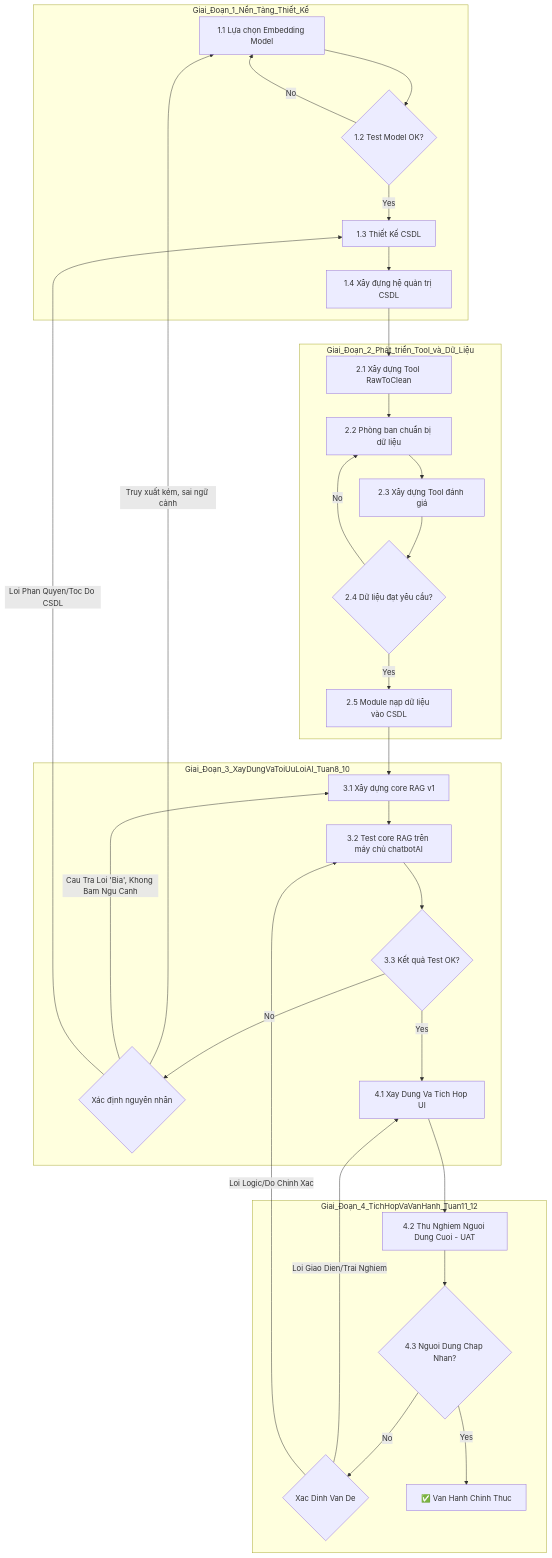
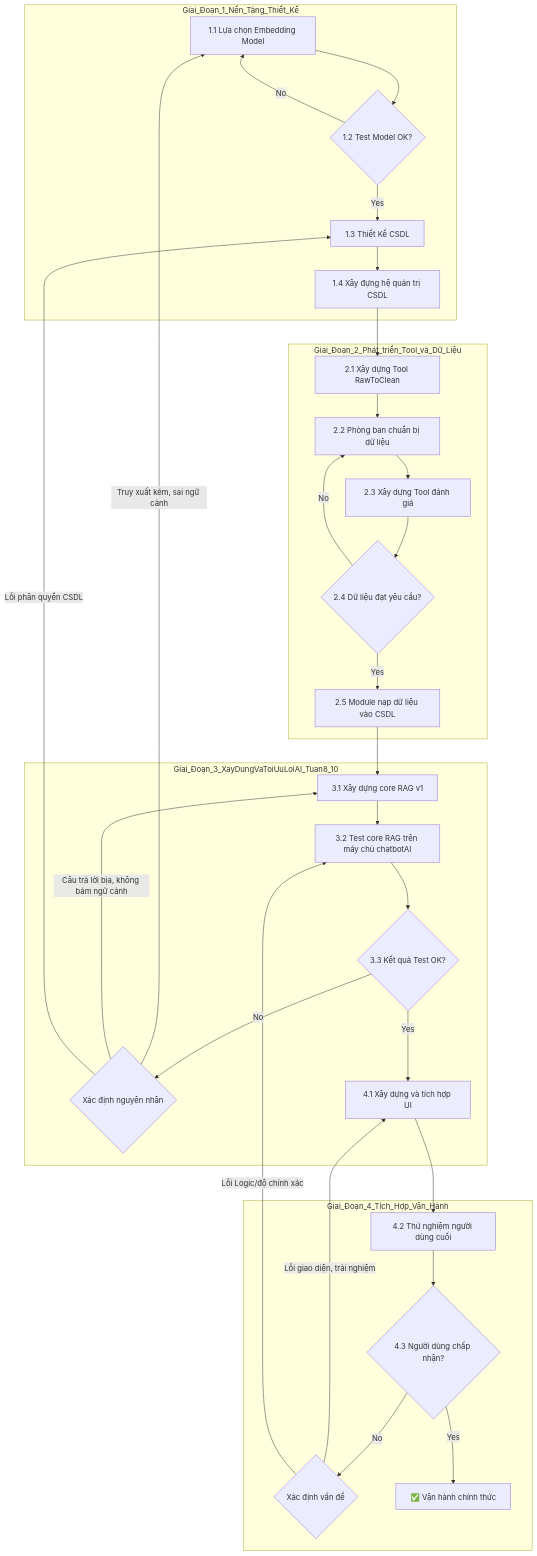
One commit to ngoquytuan/chatbotweb changed the diagram in biendo.md. Above: the diagram before and after it, drawn with Mermaid.

````diff
--- a/biendo.md
+++ b/biendo.md
@@ -8,42 +8,42 @@
 ```mermaid
 graph TD
     subgraph Giai_Đoạn_1_Nền_Tảng_Thiết_Kế
         A1[1.1 Lựa chọn Embedding Model] --> A2{1.2 Test Model OK?}
         A2 -- Yes --> B1
         A2 -- No --> A1
         
         B1[1.3 Thiết Kế CSDL] --> B2[1.4 Xây đựng hệ quản trị CSDL]
     end
 
     subgraph Giai_Đoạn_2_Phát_triển_Tool_và_Dữ_Liệu
         C1[2.1 Xây dựng Tool RawToClean] --> C2[2.2 Phòng ban chuẩn bị dữ liệu]
         C2 --> D1[2.3 Xây dựng Tool đánh giá]
         D1 --> D2{2.4 Dữ liệu đạt yêu cầu?}
         D2 -- No --> C2
         D2 -- Yes --> E1[2.5 Module nạp dữ liệu vào CSDL]
     end
 
     subgraph Giai_Đoạn_3_XayDungVaToiUuLoiAI_Tuan8_10
         F1[3.1 Xây dựng core RAG v1] --> F2[3.2 Test core RAG trên máy chủ chatbotAI]
         F2 --> F3{3.3 Kết quả Test OK?}
         F3 -- No --> G1{Xác định nguyên nhân}
         F3 -- Yes --> H1
         G1 -- Truy xuất kém, sai ngữ cảnh --> A1
-        G1 -- "Cau Tra Loi 'Bia', Khong Bam Ngu Canh" --> F1
-        G1 -- Loi Phan Quyen/Toc Do CSDL --> B1
+        G1 -- "Câu trả lời bịa, không bám ngữ cảnh" --> F1
+        G1 -- Lỗi phân quyền CSDL --> B1
     end
 
-    subgraph Giai_Đoạn_4_TichHopVaVanHanh_Tuan11_12
-        H1[4.1 Xay Dung Va Tich Hop UI] --> H2[4.2 Thu Nghiem Nguoi Dung Cuoi - UAT]
-        H2 --> H3{4.3 Nguoi Dung Chap Nhan?}
-        H3 -- No --> H4{Xac Dinh Van De}
-        H3 -- Yes --> I1[✅ Van Hanh Chinh Thuc]
-        H4 -- Loi Giao Dien/Trai Nghiem --> H1
-        H4 -- Loi Logic/Do Chinh Xac --> F2
+    subgraph Giai_Đoạn_4_Tích_Hợp_Vận_Hành
+        H1[4.1 Xây dựng và tích hợp UI] --> H2[4.2 Thử nghiệm người dùng cuối]
+        H2 --> H3{4.3 Người dùng chấp nhận?}
+        H3 -- No --> H4{Xác định vấn đề}
+        H3 -- Yes --> I1[✅ Vận hành chính thức]
+        H4 -- Lỗi giao diện, trải nghiệm --> H1
+        H4 -- Lỗi Logic/độ chính xác --> F2
     end
     
     B2 --> C1
     E1 --> F1
 
 
 ```
````
